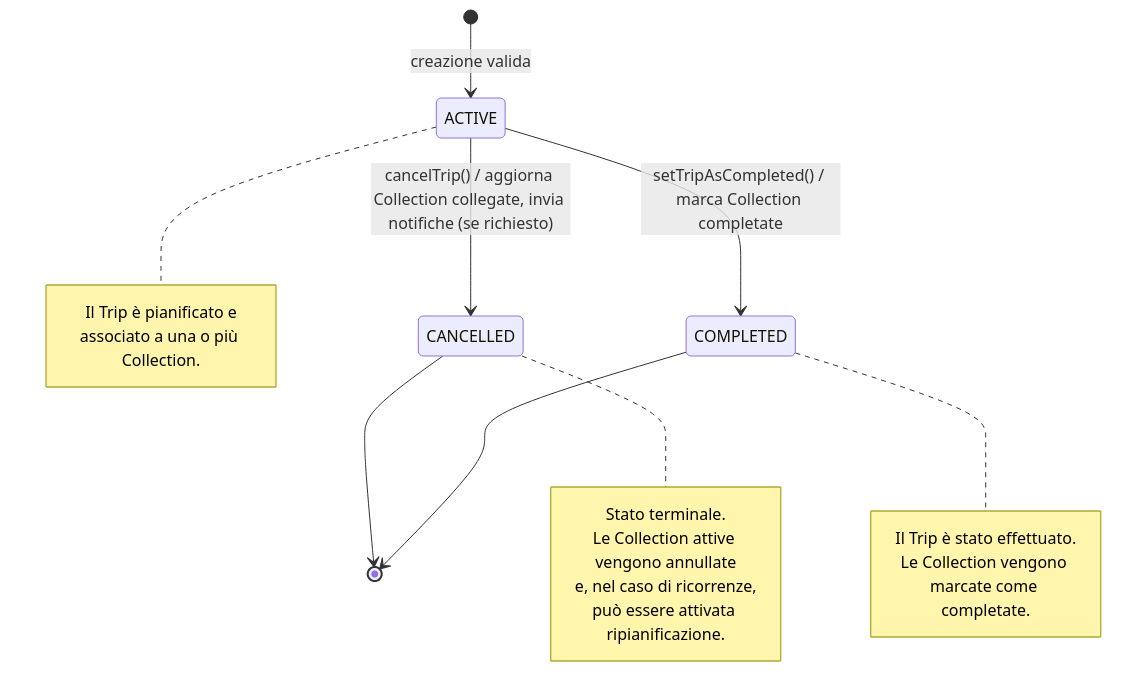
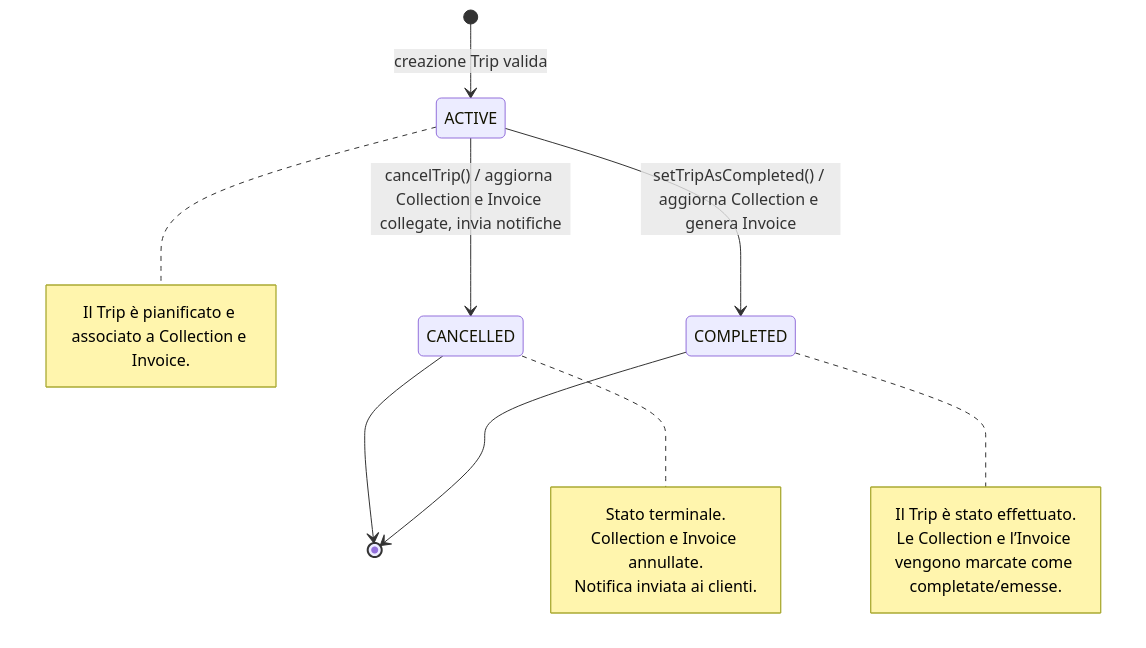
Before and after one commit to Alex-Cambrini/pss24-25-WasteMaster-Cambrini-Ferrari-Ragazzini: diagram 13 of 14 in report.md, drawn with Mermaid. The commit also changed other lines of this file, not shown here.

First line of the commit message:
Revise detailed design for Trip and Invoice management

````diff
--- a/report.md
+++ b/report.md
@@ -904,27 +880,25 @@
 ```mermaid
 stateDiagram-v2
-    [*] --> ACTIVE : creazione valida
+    [*] --> ACTIVE : creazione Trip valida
 
-    ACTIVE --> CANCELLED : cancelTrip() / aggiorna Collection collegate, invia notifiche (se richiesto)
-    ACTIVE --> COMPLETED : setTripAsCompleted() / marca Collection completate
+    ACTIVE --> CANCELLED : cancelTrip() / aggiorna Collection e Invoice collegate, invia notifiche
+    ACTIVE --> COMPLETED : setTripAsCompleted() / aggiorna Collection e genera Invoice
 
     CANCELLED --> [*]
     COMPLETED --> [*]
 
     note right of ACTIVE
-      Il Trip è pianificato e
-      associato a una o più Collection.
+      Il Trip è pianificato e associato a Collection e Invoice.
     end note
 
     note right of CANCELLED
       Stato terminale.
-      Le Collection attive vengono annullate
-      e, nel caso di ricorrenze,
-      può essere attivata ripianificazione.
+      Collection e Invoice annullate.
+      Notifica inviata ai clienti.
     end note
 
     note right of COMPLETED
       Il Trip è stato effettuato.
-      Le Collection vengono marcate come completate.
+      Le Collection e l’Invoice vengono marcate come completate/emesse.
     end note
 ```
````
